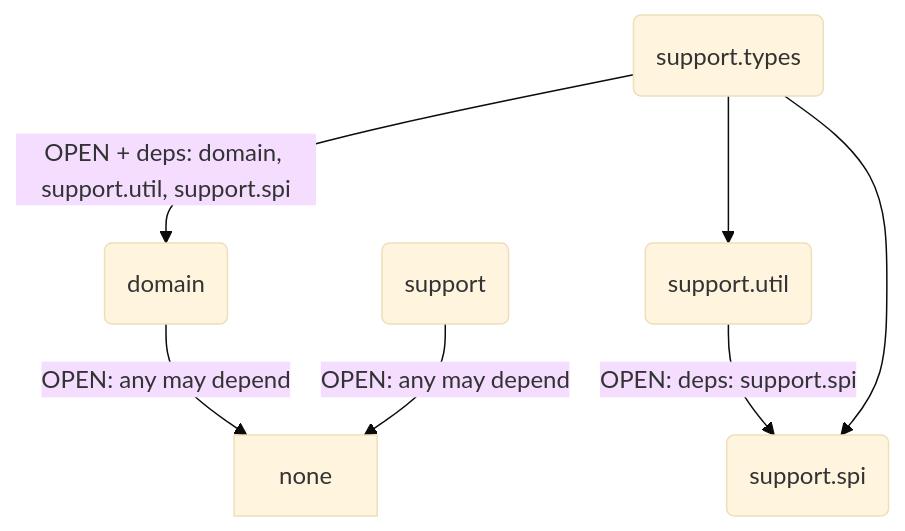
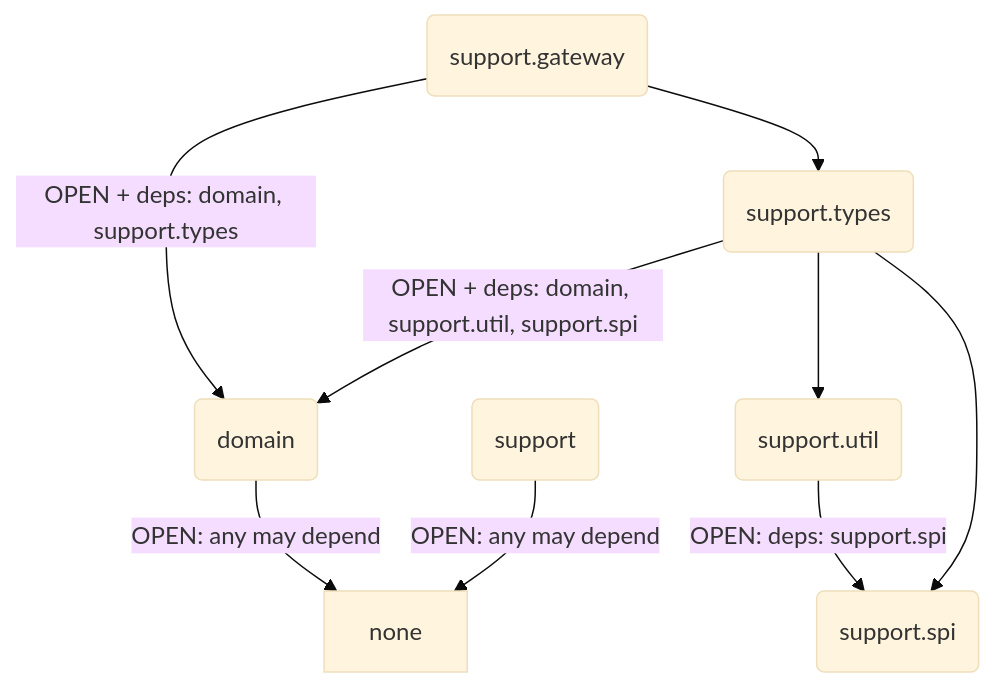
The diagram in CONTEXT.md (kingkh1995/SODA), drawn with Mermaid (base theme) before and after one commit. The commit also changed other lines of this file and 105 other files, not shown here.

````diff
--- a/CONTEXT.md
+++ b/CONTEXT.md
@@ -12,9 +12,11 @@
 ```mermaid
 graph TD
     domain(domain) -->|OPEN: any may depend| none
     support(support) -->|OPEN: any may depend| none
     util(support.util) -->|OPEN: deps: support.spi| spi(support.spi)
     types(support.types) -->|OPEN + deps: domain, support.util, support.spi| domain
     types --> util
     types --> spi
+    gateway(support.gateway) -->|OPEN + deps: domain, support.types| domain
+    gateway --> types
 ```
````
